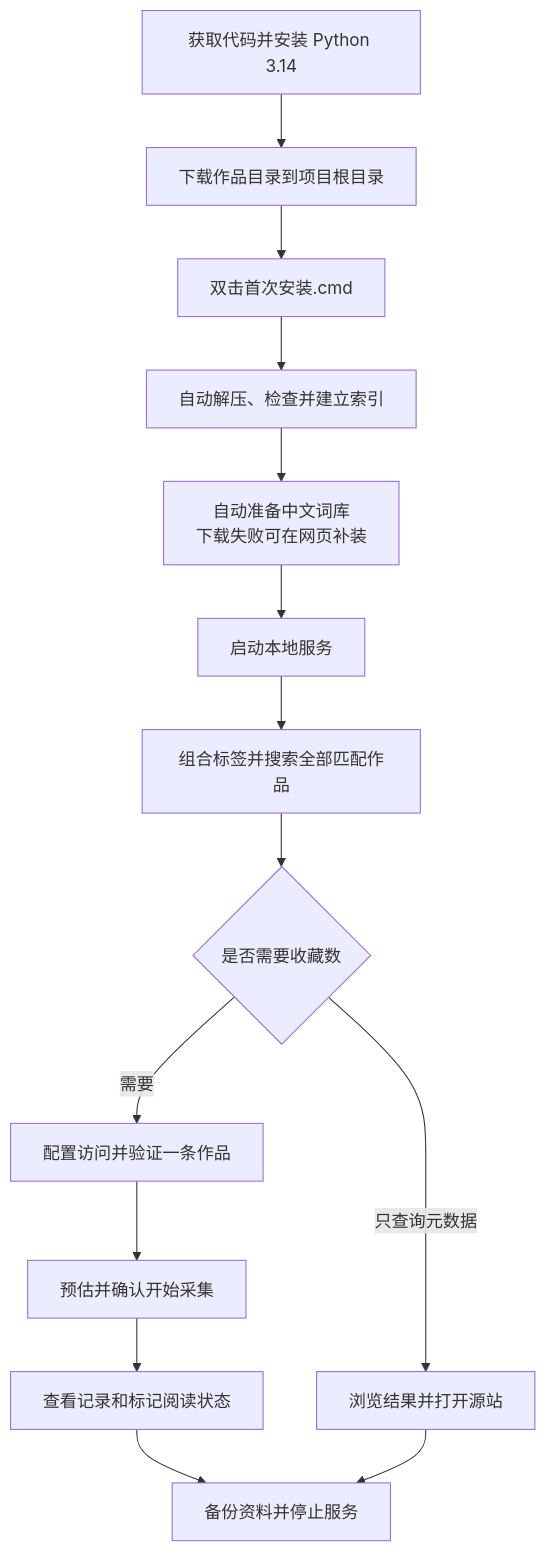
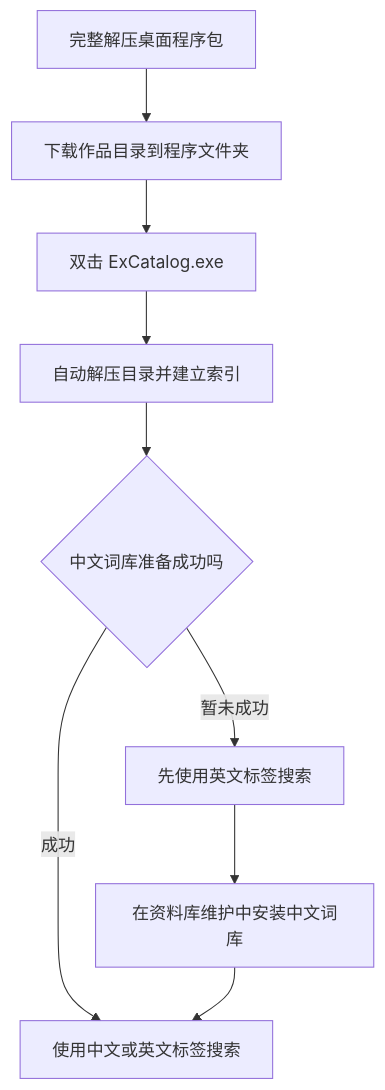
One commit to IGreyeyes/exhentai-local-catalog changed the first of 2 diagrams in README.md. Above: the diagram before and after it, drawn with Mermaid. The commit also changed other lines of this file and 26 other files, not shown here.

````diff
--- a/README.md
+++ b/README.md
@@ -134,16 +99,11 @@
 ```mermaid
 flowchart TD
-    A[获取代码并安装 Python 3.14] --> B[下载作品目录到项目根目录]
-    B --> C[双击首次安装.cmd]
-    C --> D[自动解压、检查并建立索引]
-    D --> E[自动准备中文词库<br/>下载失败可在网页补装]
-    E --> F[启动本地服务]
-    F --> G[组合标签并搜索全部匹配作品]
-    G --> H{是否需要收藏数}
-    H -->|只查询元数据| I[浏览结果并打开源站]
-    H -->|需要| J[配置访问并验证一条作品]
-    J --> K[预估并确认开始采集]
-    K --> L[查看记录和标记阅读状态]
-    L --> M[备份资料并停止服务]
-    I --> M
+    A[完整解压桌面程序包] --> B[下载作品目录到程序文件夹]
+    B --> C[双击 ExCatalog.exe]
+    C --> D[自动解压目录并建立索引]
+    D --> E{中文词库准备成功吗}
+    E -->|成功| F[使用中文或英文标签搜索]
+    E -->|暂未成功| G[先使用英文标签搜索]
+    G --> H[在资料库维护中安装中文词库]
+    H --> F
 ```
````
